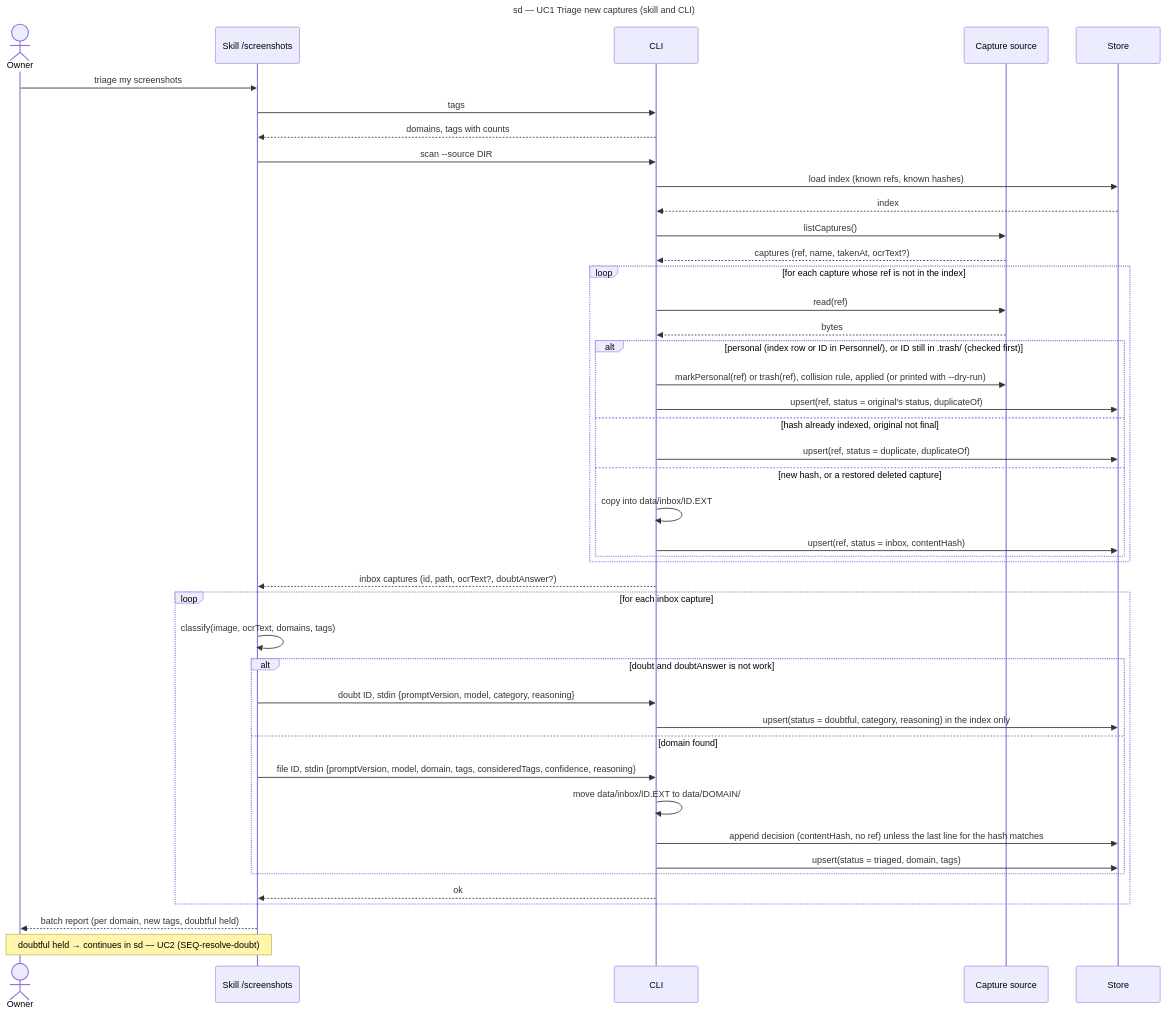
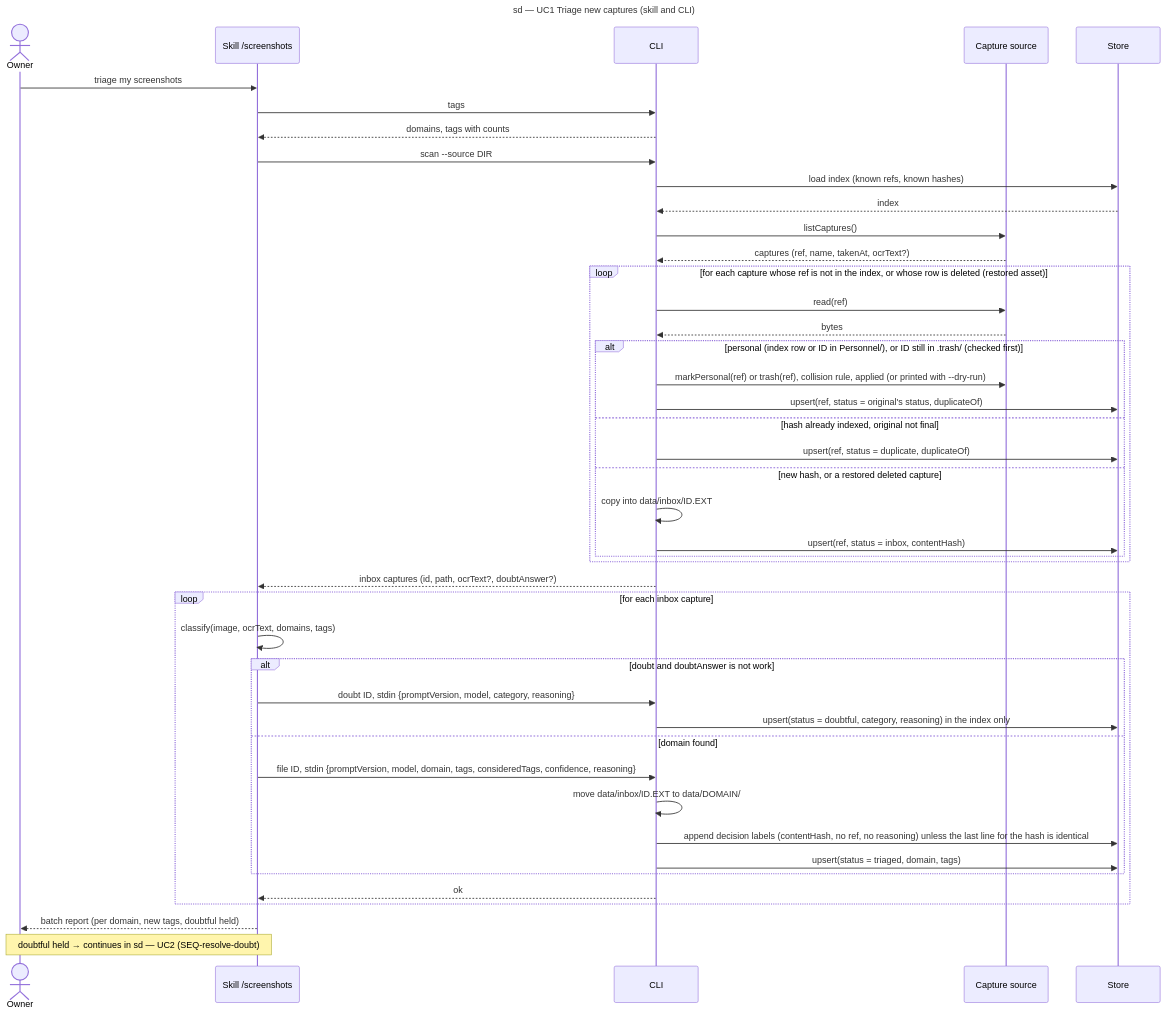
One commit to benoit-bremaud/screenshot-triage changed the diagram in docs/architecture/diagrams/triage/02-sequence-triage-batch.md. Above: the diagram before and after it, drawn with Mermaid. The commit also changed other lines of this file and 9 other files, not shown here.

First line of the commit message:
docs(triage/architecture): keep the reasoning out of the public log and revisit deleted refs

````diff
--- a/docs/architecture/diagrams/triage/02-sequence-triage-batch.md
+++ b/docs/architecture/diagrams/triage/02-sequence-triage-batch.md
@@ -14,46 +14,46 @@
 ```mermaid
 sequenceDiagram
   title sd — UC1 Triage new captures (skill and CLI)
   actor Owner
   participant Skill as Skill /screenshots
   participant CLI as CLI
   participant Source as Capture source
   participant Store as Store
   Owner->>Skill: triage my screenshots
   Skill->>CLI: tags
   CLI-->>Skill: domains, tags with counts
   Skill->>CLI: scan --source DIR
   CLI->>Store: load index (known refs, known hashes)
   Store-->>CLI: index
   CLI->>Source: listCaptures()
   Source-->>CLI: captures (ref, name, takenAt, ocrText?)
-  loop for each capture whose ref is not in the index
+  loop for each capture whose ref is not in the index, or whose row is deleted (restored asset)
     CLI->>Source: read(ref)
     Source-->>CLI: bytes
     alt personal (index row or ID in Personnel/), or ID still in .trash/ (checked first)
       CLI->>Source: markPersonal(ref) or trash(ref), collision rule, applied (or printed with --dry-run)
       CLI->>Store: upsert(ref, status = original's status, duplicateOf)
     else hash already indexed, original not final
       CLI->>Store: upsert(ref, status = duplicate, duplicateOf)
     else new hash, or a restored deleted capture
       CLI->>CLI: copy into data/inbox/ID.EXT
       CLI->>Store: upsert(ref, status = inbox, contentHash)
     end
   end
   CLI-->>Skill: inbox captures (id, path, ocrText?, doubtAnswer?)
   loop for each inbox capture
     Skill->>Skill: classify(image, ocrText, domains, tags)
     alt doubt and doubtAnswer is not work
       Skill->>CLI: doubt ID, stdin {promptVersion, model, category, reasoning}
       CLI->>Store: upsert(status = doubtful, category, reasoning) in the index only
     else domain found
       Skill->>CLI: file ID, stdin {promptVersion, model, domain, tags, consideredTags, confidence, reasoning}
       CLI->>CLI: move data/inbox/ID.EXT to data/DOMAIN/
-      CLI->>Store: append decision (contentHash, no ref) unless the last line for the hash matches
+      CLI->>Store: append decision labels (contentHash, no ref, no reasoning) unless the last line for the hash is identical
       CLI->>Store: upsert(status = triaged, domain, tags)
     end
     CLI-->>Skill: ok
   end
   Skill-->>Owner: batch report (per domain, new tags, doubtful held)
   Note over Owner,Skill: doubtful held → continues in sd — UC2 (SEQ-resolve-doubt)
 ```
````
